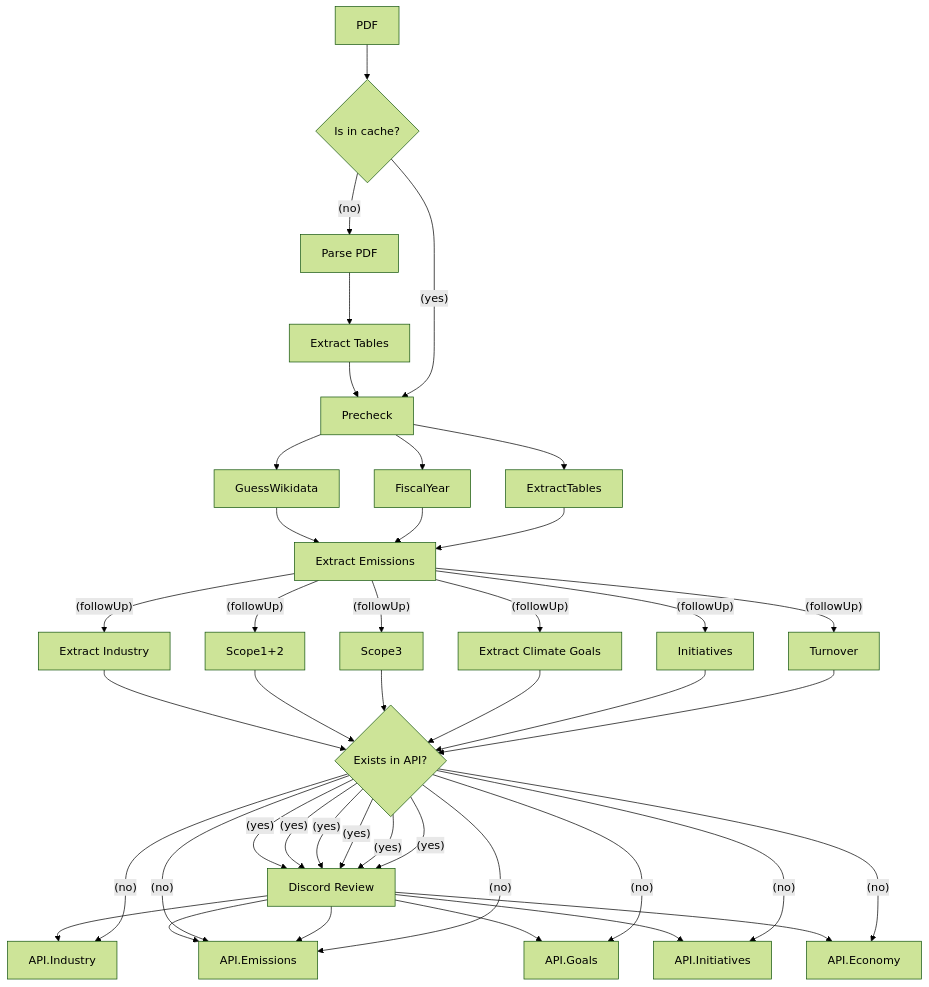
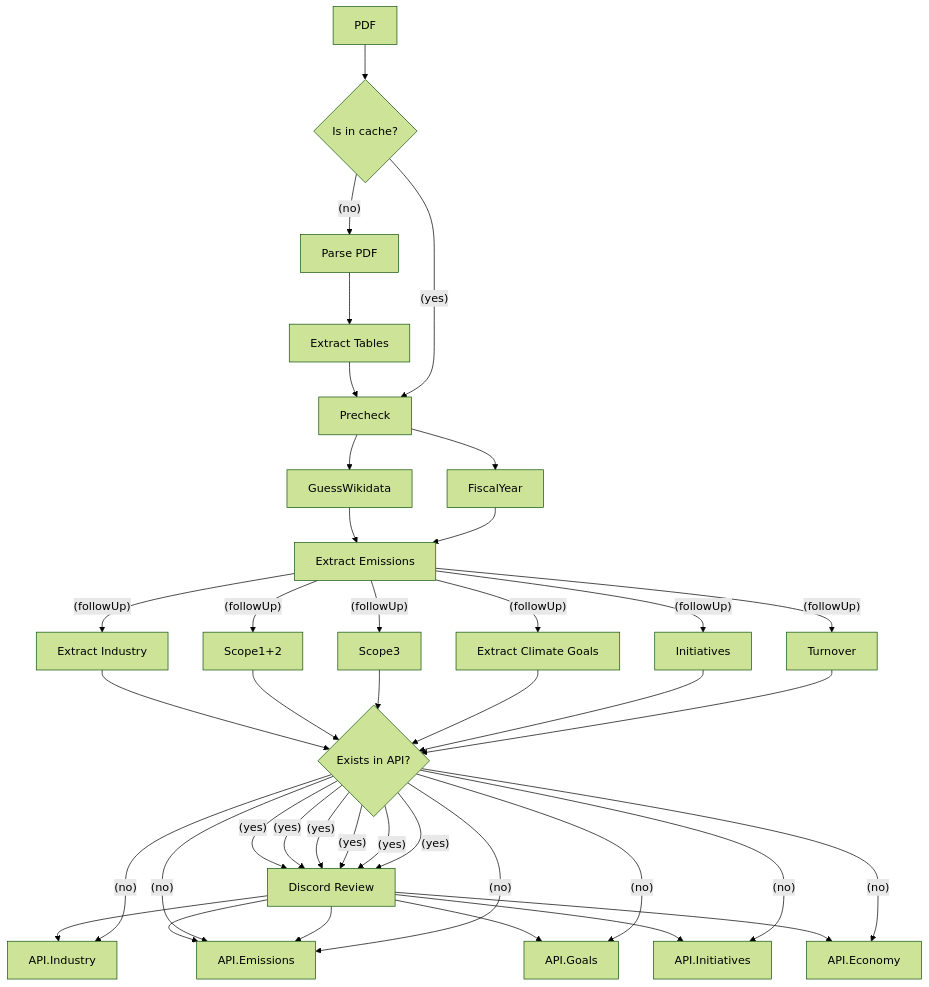
Before and after one commit to Klimatbyran/garbo: the diagram in README.md, drawn with Mermaid (forest theme).

Commit message:
fix: remove duplicate extractTables

````diff
--- a/README.md
+++ b/README.md
@@ -19,36 +19,35 @@
 ```mermaid
 flowchart TB
 
     PDF[PDF]
     Cache{Is in cache?}
     NLM[Parse PDF]
     Tables[Extract Tables]
     Emissions[Extract Emissions]
 
     Industry[Extract Industry]
     Goals[Extract Climate Goals]
     Review[Discord Review]
 
     Precheck --> GuessWikidata --> Emissions
     Precheck --> FiscalYear --> Emissions
-    Precheck --> ExtractTables --> Emissions
 
     PDF --> Cache --(no)--> NLM --> Tables --> Precheck
 
     Cache --(yes)--> Precheck
 
     CheckDB{Exists in API?}
 
     Emissions --(followUp)--> Industry --> CheckDB --(yes)--> Review --> API.Industry
                                            CheckDB --(no)--> API.Industry
     Emissions --(followUp)--> Scope1+2 --> CheckDB --(yes)--> Review --> API.Emissions
                                            CheckDB --(no)--> API.Emissions
     Emissions --(followUp)--> Scope3 --> CheckDB --(yes)--> Review --> API.Emissions
                                            CheckDB --(no)--> API.Emissions
     Emissions --(followUp)--> Goals --> CheckDB --(yes)--> Review --> API.Goals
                                            CheckDB --(no)--> API.Goals
     Emissions --(followUp)--> Initiatives --> CheckDB --(yes)--> Review --> API.Initiatives
                                            CheckDB --(no)--> API.Initiatives
     Emissions --(followUp)--> Turnover --> CheckDB --(yes)--> Review --> API.Economy
                                            CheckDB --(no)--> API.Economy
 ```
````
